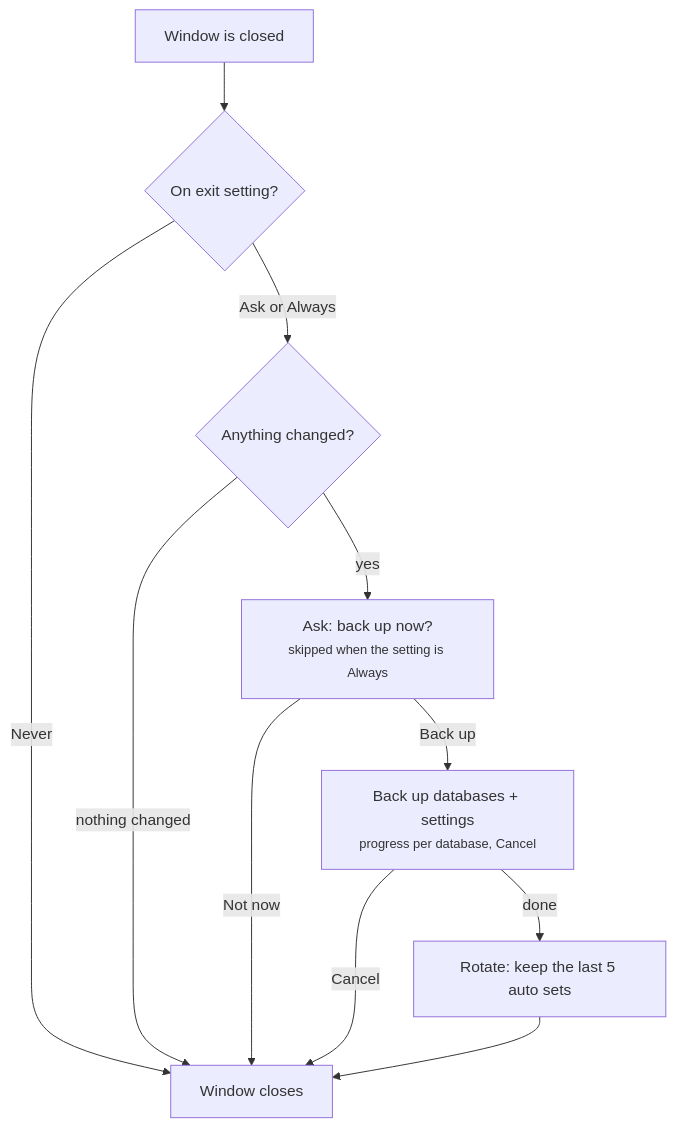
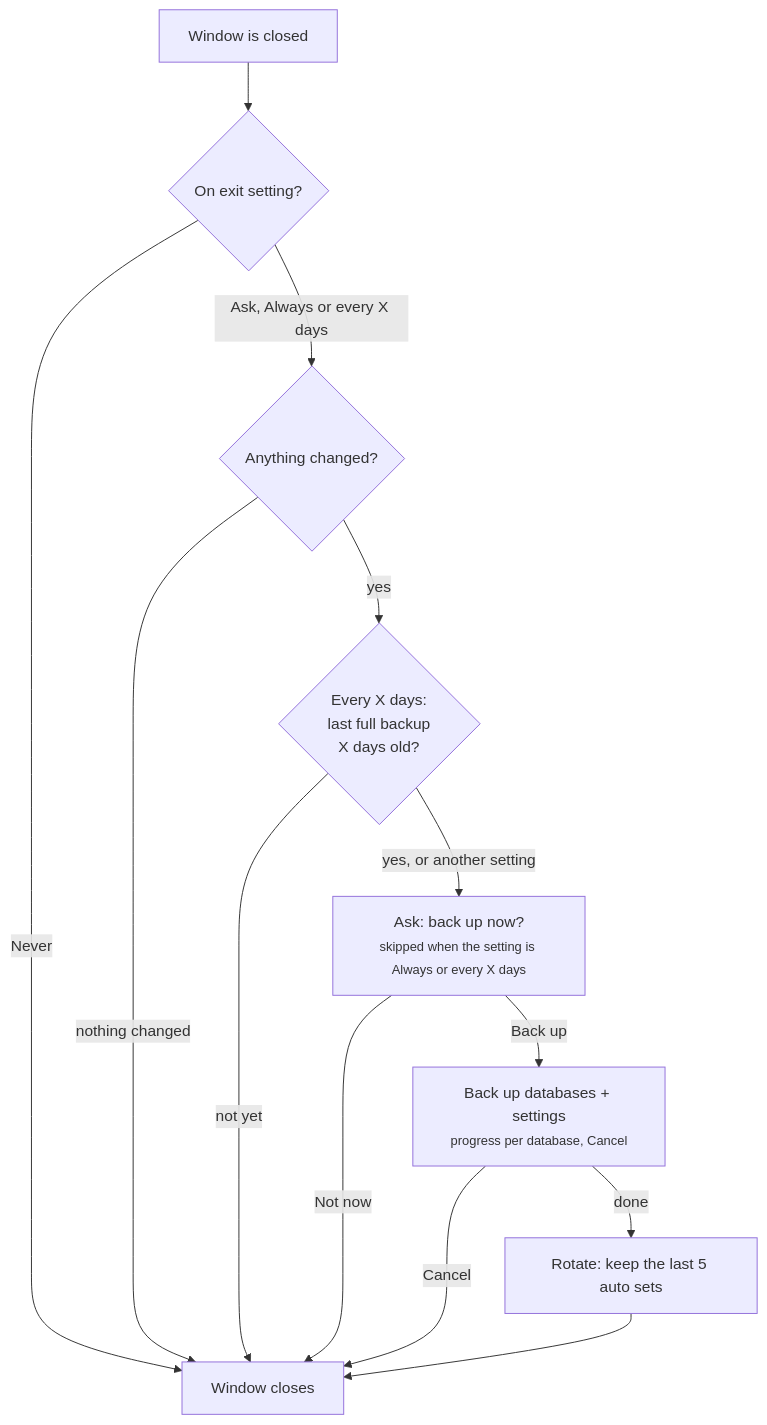
The diagram in docs/architecture/backup.md (OpenSAK-Org/OpenSAK), drawn with Mermaid before and after one commit. The commit also changed other lines of this file and 18 other files, not shown here.

First line of the commit message:
Back up automatically every few days on exit

````diff
--- a/docs/architecture/backup.md
+++ b/docs/architecture/backup.md
@@ -189,13 +191,15 @@
 ```mermaid
 flowchart TD
     A[Window is closed] --> B{On exit setting?}
     B -- Never --> Z[Window closes]
-    B -- Ask or Always --> C{Anything changed?}
+    B -- "Ask, Always or every X days" --> C{Anything changed?}
     C -- nothing changed --> Z
-    C -- yes --> D["Ask: back up now?<br/><small>skipped when the setting is Always</small>"]
+    C -- yes --> X{"Every X days:<br/>last full backup<br/>X days old?"}
+    X -- "not yet" --> Z
+    X -- "yes, or another setting" --> D["Ask: back up now?<br/><small>skipped when the setting is Always or every X days</small>"]
     D -- Not now --> Z
     D -- Back up --> E["Back up databases + settings<br/><small>progress per database, Cancel</small>"]
     E -- Cancel --> Z
     E -- done --> F[Rotate: keep the last 5 auto sets]
     F --> Z
 ```
````
